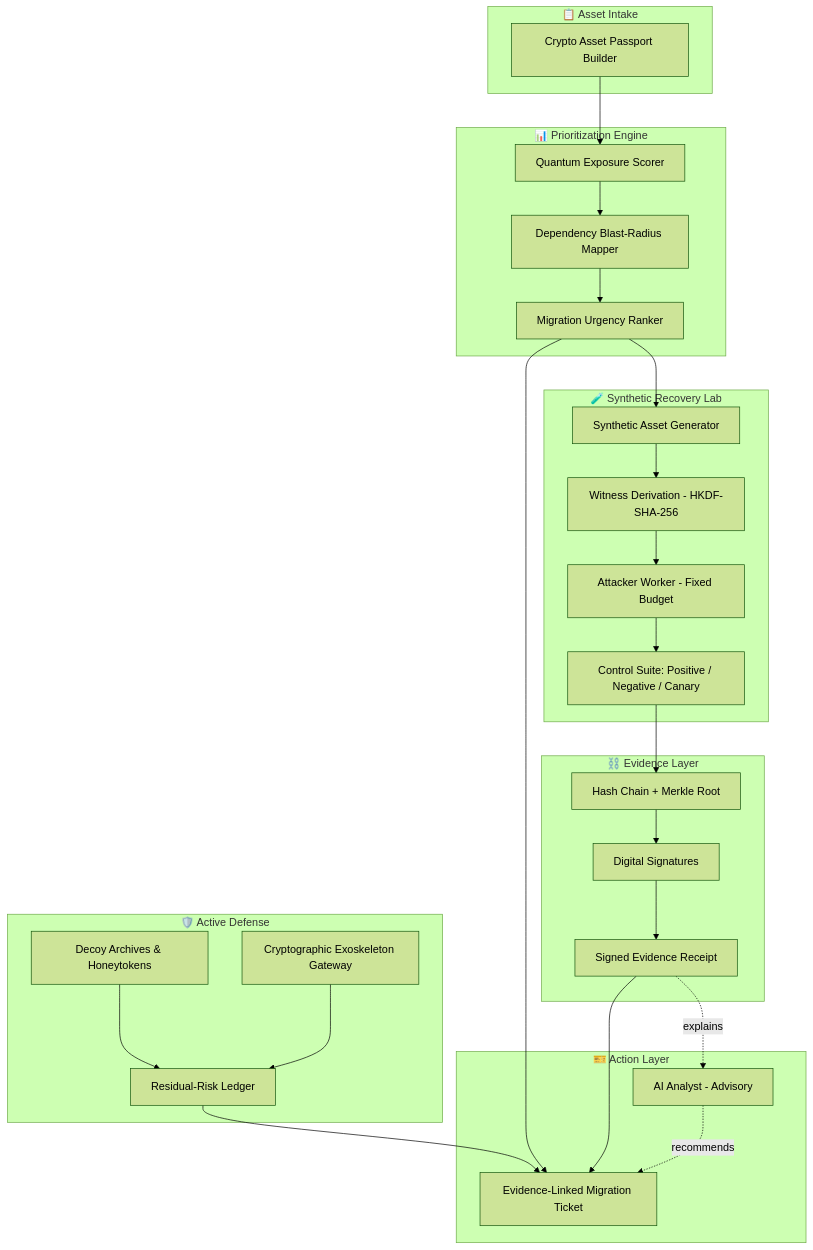
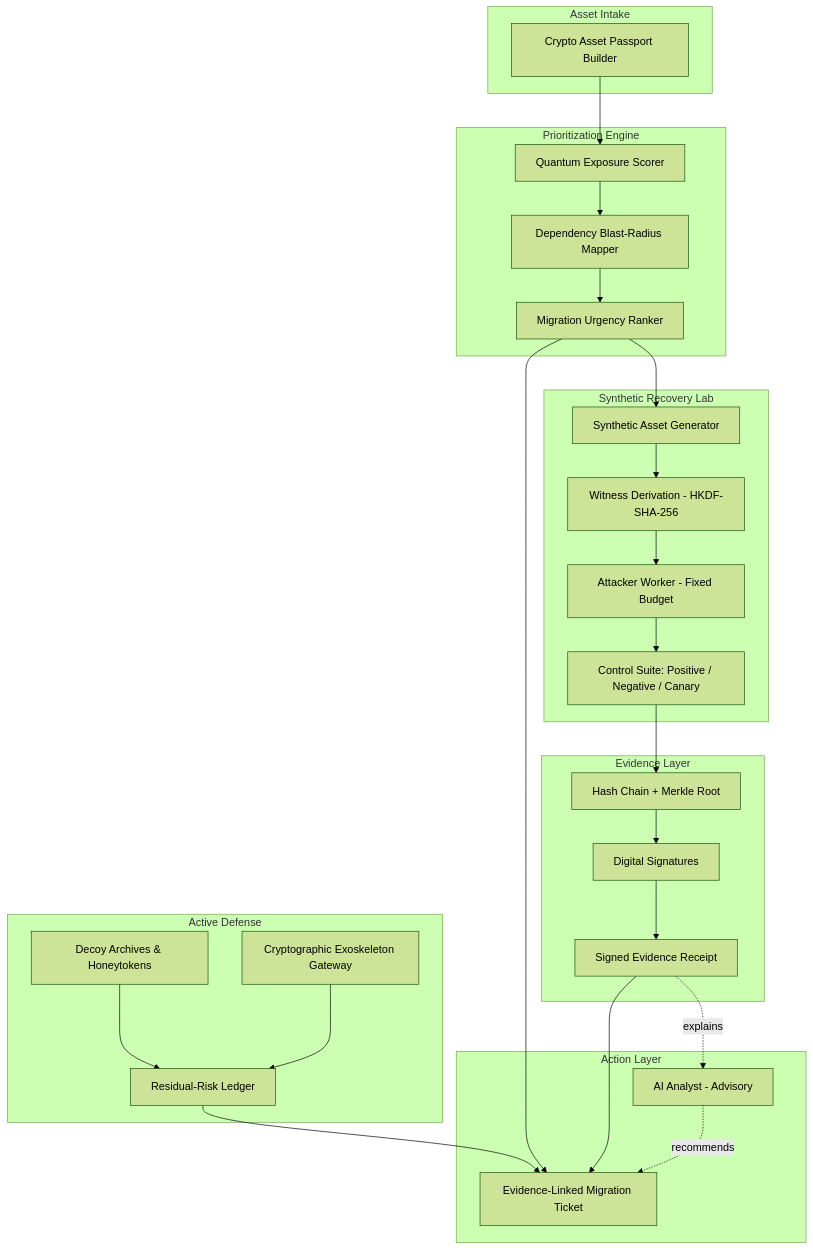
One commit to uttham-g018/GHOSTRAVEN changed the first of 3 diagrams in README.md. Above: the diagram before and after it, drawn with Mermaid (forest theme). The commit also changed other lines of this file, not shown here.

````diff
--- a/README.md
+++ b/README.md
@@ -110,42 +110,42 @@
 ```mermaid
 flowchart TB
-    subgraph Intake["📋 Asset Intake"]
+    subgraph Intake[" Asset Intake"]
         A1[Crypto Asset Passport Builder]
     end
 
-    subgraph Scoring["📊 Prioritization Engine"]
+    subgraph Scoring[" Prioritization Engine"]
         B1[Quantum Exposure Scorer]
         B2[Dependency Blast-Radius Mapper]
         B3[Migration Urgency Ranker]
     end
 
-    subgraph Lab["🧪 Synthetic Recovery Lab"]
+    subgraph Lab[" Synthetic Recovery Lab"]
         C1[Synthetic Asset Generator]
         C2[Witness Derivation - HKDF-SHA-256]
         C3[Attacker Worker - Fixed Budget]
         C4[Control Suite: Positive / Negative / Canary]
     end
 
-    subgraph Evidence["⛓️ Evidence Layer"]
+    subgraph Evidence[" Evidence Layer"]
         D1[Hash Chain + Merkle Root]
         D2[Digital Signatures]
         D3[Signed Evidence Receipt]
     end
 
-    subgraph Defense["🛡️ Active Defense"]
+    subgraph Defense[" Active Defense"]
         E1[Decoy Archives & Honeytokens]
         E2[Cryptographic Exoskeleton Gateway]
         E3[Residual-Risk Ledger]
     end
 
-    subgraph Output["🎫 Action Layer"]
+    subgraph Output[" Action Layer"]
         F1[AI Analyst - Advisory]
         F2[Evidence-Linked Migration Ticket]
     end
 
     A1 --> B1 --> B2 --> B3 --> F2
     B3 --> C1 --> C2 --> C3 --> C4 --> D1 --> D2 --> D3 --> F2
     E1 --> E3
     E2 --> E3 --> F2
     D3 -.explains.-> F1 -.recommends.-> F2
 ```
````
